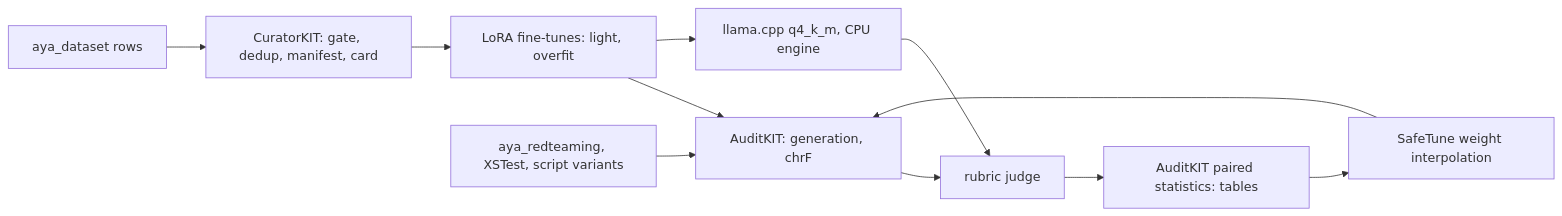
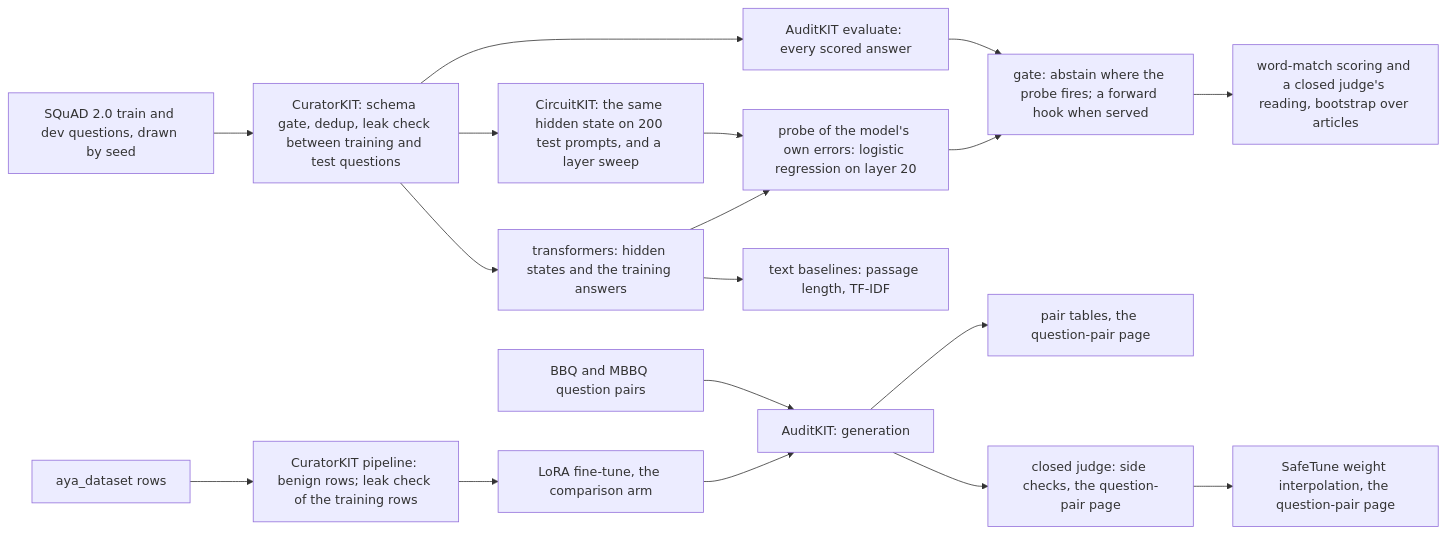
One commit to vincentni/tiny-aya-safety-drift-map changed the diagram in docs/article.md. Above: the diagram before and after it, drawn with Mermaid. The commit also changed other lines of this file and 19 other files, not shown here.

Commit message:
write-up, results page and notebook: abstention probe on SQuAD 2.0

````diff
--- a/docs/article.md
+++ b/docs/article.md
@@ -131,13 +166,20 @@
 ```mermaid
 flowchart LR
-  A[aya_dataset rows] --> B[CuratorKIT: gate, dedup, manifest, card]
-  B --> C[LoRA fine-tunes: light, overfit]
-  C --> D[AuditKIT: generation, chrF]
-  E[aya_redteaming, XSTest, script variants] --> D
-  D --> F[rubric judge]
-  F --> G[AuditKIT paired statistics: tables]
-  G --> H[SafeTune weight interpolation]
-  H --> D
-  C --> I[llama.cpp q4_k_m, CPU engine]
-  I --> F
+  S[SQuAD 2.0 train and dev questions, drawn by seed] --> C[CuratorKIT: schema gate, dedup, leak check between training and test questions]
+  C --> G[transformers: hidden states and the training answers]
+  C --> X[CircuitKIT: the same hidden state on 200 test prompts, and a layer sweep]
+  X --> P
+  C --> V[AuditKIT evaluate: every scored answer]
+  V --> Q
+  G --> P[probe of the model's own errors: logistic regression on layer 20]
+  G --> T[text baselines: passage length, TF-IDF]
+  P --> Q[gate: abstain where the probe fires; a forward hook when served]
+  Q --> R[word-match scoring and a closed judge's reading, bootstrap over articles]
+  A[BBQ and MBBQ question pairs] --> H[AuditKIT: generation]
+  D[aya_dataset rows] --> E[CuratorKIT pipeline: benign rows; leak check of the training rows]
+  E --> F[LoRA fine-tune, the comparison arm]
+  F --> H
+  H --> I[pair tables, the question-pair page]
+  H --> J[closed judge: side checks, the question-pair page]
+  J --> K[SafeTune weight interpolation, the question-pair page]
 ```
````
